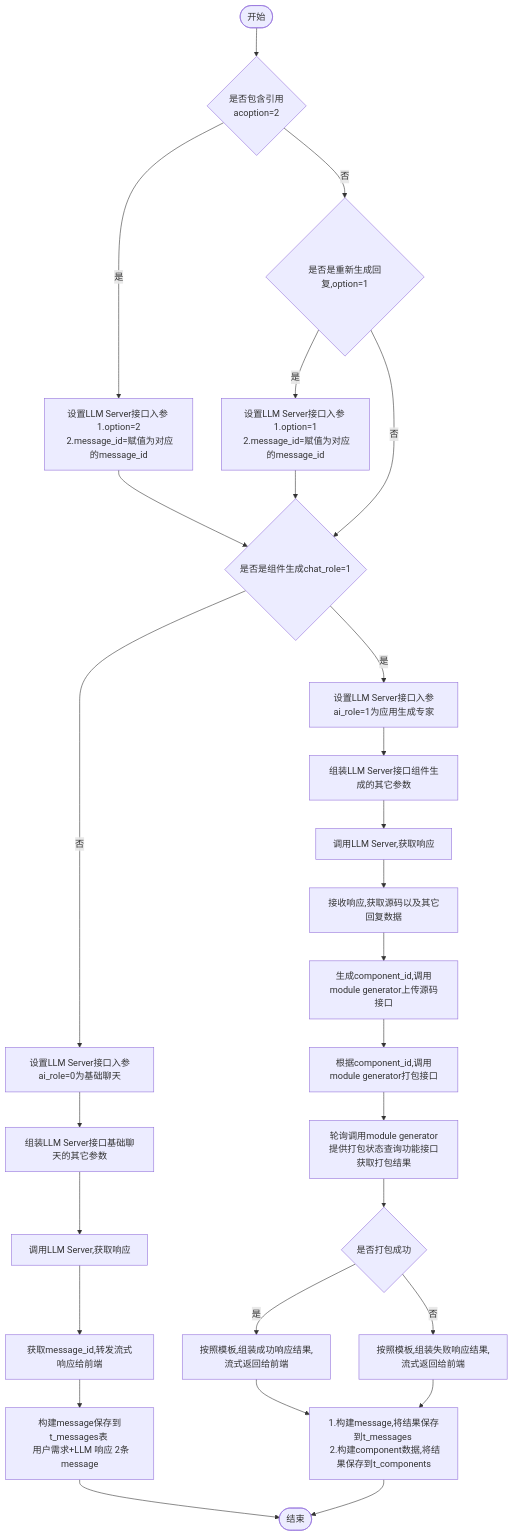
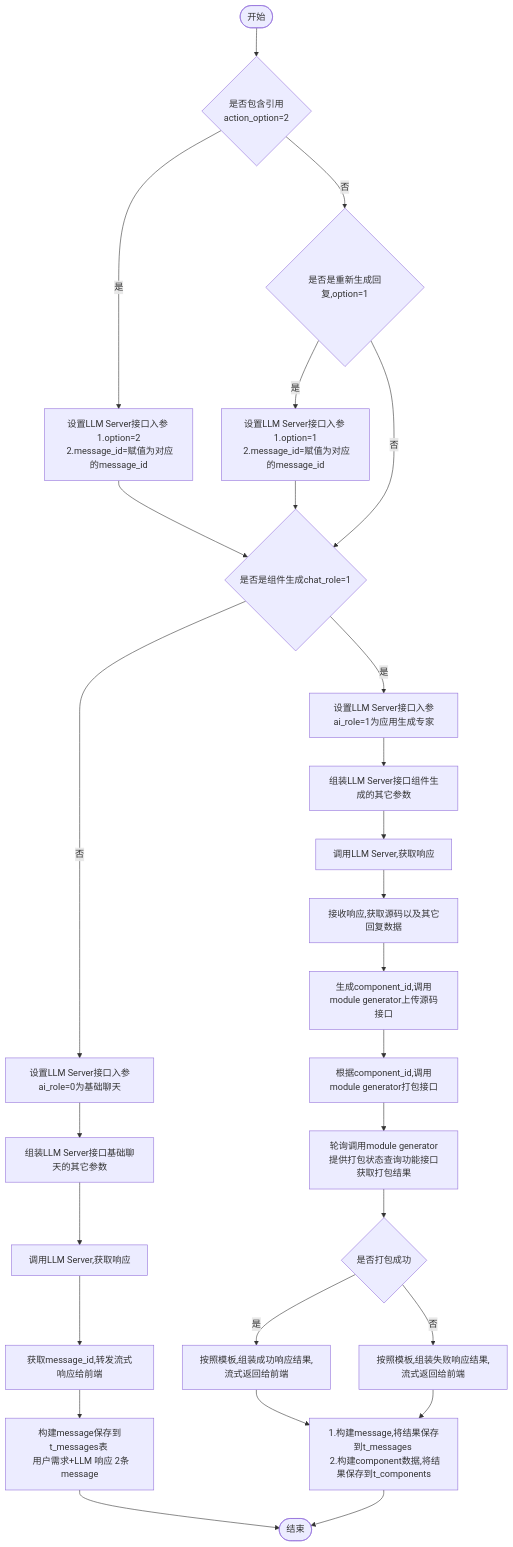
The diagram in all/w3-会话-不需要传递message.md (yingjianzh/iodraw-files), drawn with Mermaid before and after one commit.

Commit message:
2024-10-15 14:17:04 update

````diff
--- a/all/w3-会话-不需要传递message.md
+++ b/all/w3-会话-不需要传递message.md
@@ -1,33 +1,34 @@
 ```mermaid
 flowchart TD
-    A([开始]) --> D{是否包含引用 \n acoption=2}
+    A([开始]) --> 
+    D{是否包含引用 \n action_option=2}
     D -- 是 --> E[设置LLM Server接口入参 \n 1.option=2 \n 2.message_id=赋值为对应的message_id]
     D -- 否 --> F{是否是重新生成回复,option=1}
     F -- 是 --> G[设置LLM Server接口入参 \n 1.option=1 \n 2.message_id=赋值为对应的message_id]
     F -- 否 --> I
      
     E & G --> I{是否是组件生成chat_role=1}
     I -- 否 --> K[设置LLM Server接口入参ai_role=0为基础聊天]
     I -- 是 --> J[设置LLM Server接口入参ai_role=1为应用生成专家]
     
 
     J --> L[组装LLM Server接口组件生成的其它参数]    
     K --> M[组装LLM Server接口基础聊天的其它参数]    
     M --> N[调用LLM Server,获取响应]    
     N --> O[获取message_id,转发流式响应给前端]
     O --> P[构建message保存到t_messages表 \n 用户需求+LLM 响应 2条message]
     P --> R([结束])
 
 
     L --> S[调用LLM Server,获取响应]
     S --> T[接收响应,获取源码以及其它回复数据]
     T --> U[生成component_id,调用module generator上传源码接口]
     U --> V[根据component_id,调用module generator打包接口]
     V --> W[轮询调用module generator提供打包状态查询功能接口获取打包结果]
     W --> X{是否打包成功}
     X -- 是 --> Y[按照模板,组装成功响应结果,流式返回给前端]
     X -- 否 --> Z[按照模板,组装失败响应结果,流式返回给前端]
 
     Y & Z --> Result[1.构建message,将结果保存到t_messages \n 2.构建component数据,将结果保存到t_components]
     Result --> R
 ```
````
